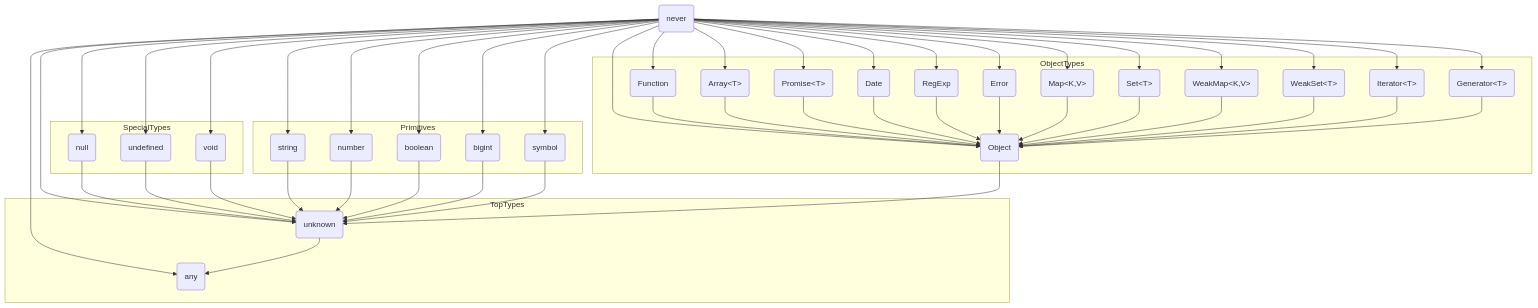
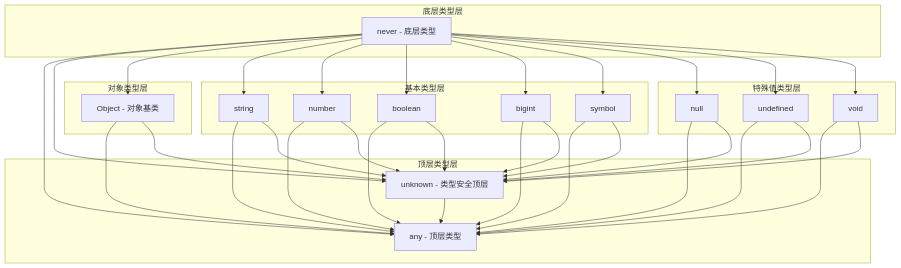
One commit to toFrankie/blog changed the seventh of 9 diagrams in archives/2025/368.md. Above: the diagram before and after it, drawn with Mermaid. The commit also changed other lines of this file, not shown here.

````diff
--- a/archives/2025/368.md
+++ b/archives/2025/368.md
@@ -148,83 +149,78 @@
 ```mermaid
 flowchart TD
-    %% never 类型 - 底层类型，可以赋值给任何类型
-    Never(never) --> String(string)
-    Never --> Number(number)
-    Never --> Boolean(boolean)
-    Never --> BigInt(bigint)
-    Never --> Symbol(symbol)
-    Never --> Null(null)
-    Never --> Undef(undefined)
-    Never --> Void(void)
-    Never --> Unknown(unknown)
-    Never --> Any(any)
+    %% 底层类型
+    Never[never - 底层类型]
     
-    %% never 到对象类型 - 之前遗漏的重要关系
-    Never --> ObjectT(Object)
-    Never --> FunctionT(Function)
-    Never --> ArrayT(Array&lt;T&gt;)
-    Never --> PromiseT(Promise&lt;T&gt;)
-    Never --> DateT(Date)
-    Never --> RegExpT(RegExp)
-    Never --> ErrorT(Error)
-    Never --> MapT(Map&lt;K,V&gt;)
-    Never --> SetT(Set&lt;T&gt;)
-    Never --> WeakMapT(WeakMap&lt;K,V&gt;)
-    Never --> WeakSetT(WeakSet&lt;T&gt;)
-    Never --> IteratorT(Iterator&lt;T&gt;)
-    Never --> GeneratorT(Generator&lt;T&gt;)
+    %% 第四层 - 特殊值类型
+    Null[null]
+    Undefined[undefined]
+    Void[void]
     
-    %% null 和 undefined 只能赋值给 any 和 unknown
+    %% 第三层 - 基本类型
+    String[string]
+    Number[number]
+    Boolean[boolean]
+    BigInt[bigint]
+    Symbol[symbol]
+    
+    %% 第二层 - 对象类型
+    Object[Object - 对象基类]
+    
+    %% 顶层类型
+    Any[any - 顶层类型]
+    Unknown[unknown - 类型安全顶层]
+    
+    %% 正确的赋值关系
+    Never --> Any
+    Never --> Unknown
+    Never --> Object
+    Never --> String
+    Never --> Number
+    Never --> Boolean
+    Never --> BigInt
+    Never --> Symbol
+    Never --> Null
+    Never --> Undefined
+    Never --> Void
+    
+    %% 基本类型和对象类型可以赋值给 unknown 和 any
+    String --> Any
+    String --> Unknown
+    Number --> Any
+    Number --> Unknown
+    Boolean --> Any
+    Boolean --> Unknown
+    BigInt --> Any
+    BigInt --> Unknown
+    Symbol --> Any
+    Symbol --> Unknown
+    
+    Object --> Any
+    Object --> Unknown
+    
+    %% 特殊值类型只能赋值给 unknown 和 any
+    Null --> Any
     Null --> Unknown
-    Undef --> Unknown
+    Undefined --> Any
+    Undefined --> Unknown
+    Void --> Any
     Void --> Unknown
     
-    %% 基本类型到 unknown
-    String --> Unknown
-    Number --> Unknown
-    Boolean --> Unknown
-    BigInt --> Unknown
-    Symbol --> Unknown
-    
-    %% unknown 到 any
+    %% unknown 可以赋值给 any
     Unknown --> Any
     
-    %% 对象类型层次
-    subgraph ObjectTypes
-        ObjectT
-        FunctionT
-        ArrayT
-        PromiseT
-        DateT
-        RegExpT
-        ErrorT
-        MapT
-        SetT
-        WeakMapT
-        WeakSetT
-        IteratorT
-        GeneratorT
+    %% 分组
+    subgraph BottomLevel[底层类型层]
+        Never
     end
     
-    %% 所有对象类型都继承自 Object
-    FunctionT --> ObjectT
-    ArrayT --> ObjectT
-    PromiseT --> ObjectT
-    DateT --> ObjectT
-    RegExpT --> ObjectT
-    ErrorT --> ObjectT
-    MapT --> ObjectT
-    SetT --> ObjectT
-    WeakMapT --> ObjectT
-    WeakSetT --> ObjectT
-    IteratorT --> ObjectT
-    GeneratorT --> ObjectT
+    subgraph SpecialLevel[特殊值类型层]
+        Null
+        Undefined
+        Void
+    end
     
-    %% 对象类型到 unknown
-    ObjectT --> Unknown
-    
-    %% 基本类型分组
-    subgraph Primitives
+    subgraph PrimitiveLevel[基本类型层]
         String
         Number
         Boolean
@@ -232,16 +228,12 @@
         Symbol
     end
     
-    %% 特殊类型分组
-    subgraph SpecialTypes
-        Null
-        Undef
-        Void
+    subgraph ObjectLevel[对象类型层]
+        Object
     end
     
-    %% 顶级类型分组
-    subgraph TopTypes
+    subgraph TopLevel[顶层类型层]
+        Any
         Unknown
-        Any
     end
 ```
````
